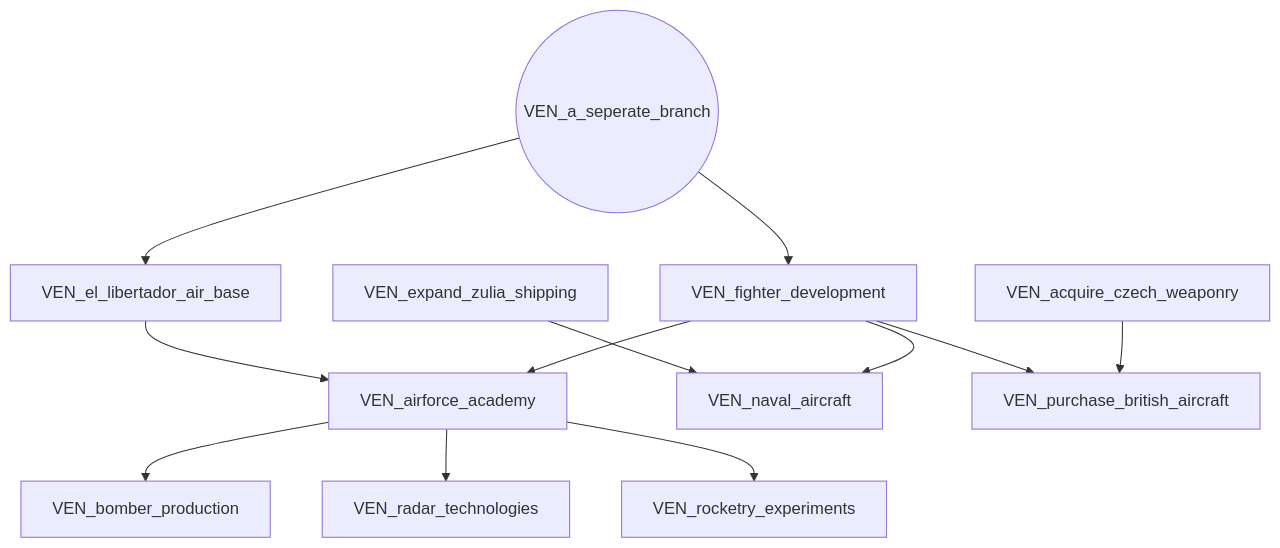
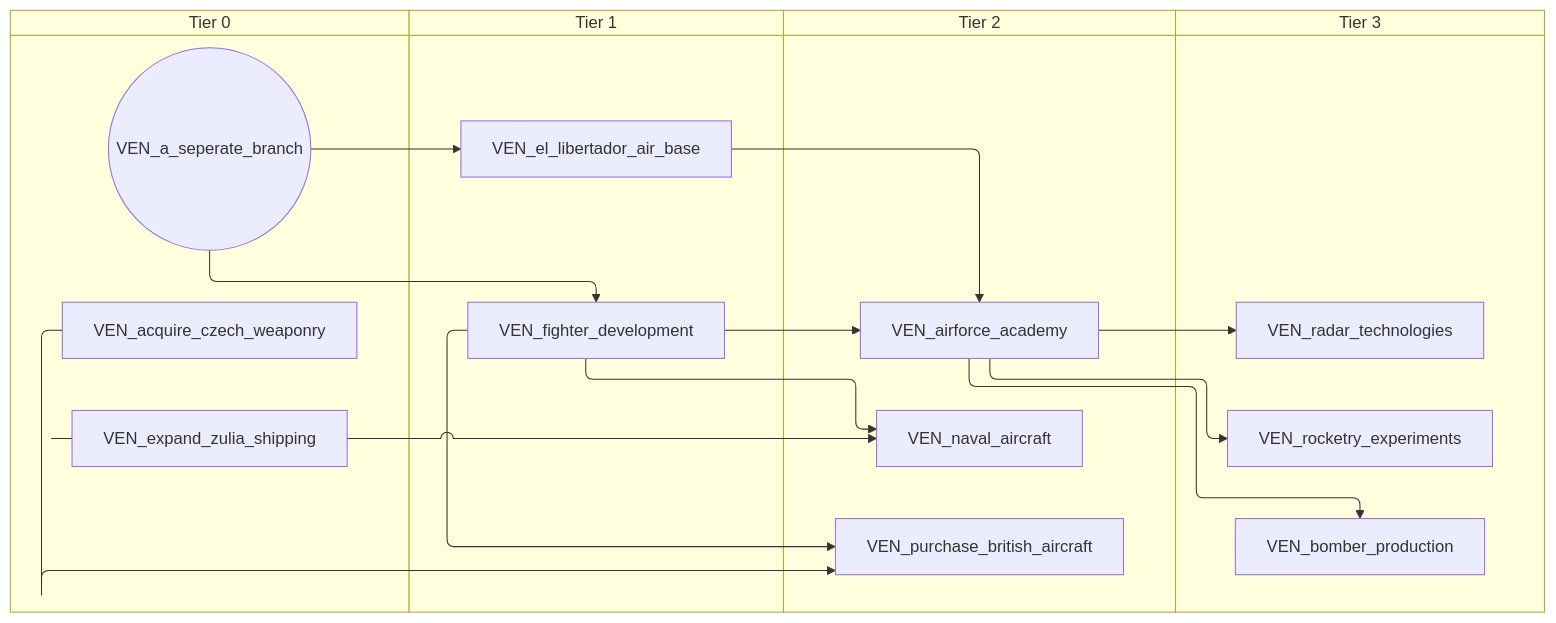
Before and after one commit to evgeny-sobol/hoi4-sandbox-mode-r56: the first of 5 diagrams in docs/gdd/National Focuses/r56/venezuela.md, drawn with Mermaid. The commit also changed other lines of this file and 423 other files, not shown here.

First line of the commit message:
Re-export Rt56 focus trees as swimlane diagrams

````diff
--- a/docs/gdd/National Focuses/r56/venezuela.md
+++ b/docs/gdd/National Focuses/r56/venezuela.md
@@ -3,25 +3,33 @@
 ```mermaid
-flowchart TD
-    n1(("VEN_a_seperate_branch"))
-    n2["VEN_acquire_czech_weaponry"]
-    n3["VEN_airforce_academy"]
-    n4["VEN_bomber_production"]
-    n5["VEN_el_libertador_air_base"]
-    n6["VEN_expand_zulia_shipping"]
-    n7["VEN_fighter_development"]
-    n8["VEN_naval_aircraft"]
-    n9["VEN_purchase_british_aircraft"]
-    n10["VEN_radar_technologies"]
-    n11["VEN_rocketry_experiments"]
-    n5 --> n3
-    n7 --> n3
-    n3 --> n4
+swimlane-beta TD
+    subgraph tier_0["Tier 0"]
+        n1(("VEN_a_seperate_branch"))
+        n2["VEN_acquire_czech_weaponry"]
+        n3["VEN_expand_zulia_shipping"]
+    end
+    subgraph tier_1["Tier 1"]
+        n4["VEN_el_libertador_air_base"]
+        n5["VEN_fighter_development"]
+    end
+    subgraph tier_2["Tier 2"]
+        n6["VEN_airforce_academy"]
+        n7["VEN_naval_aircraft"]
+        n8["VEN_purchase_british_aircraft"]
+    end
+    subgraph tier_3["Tier 3"]
+        n9["VEN_bomber_production"]
+        n10["VEN_radar_technologies"]
+        n11["VEN_rocketry_experiments"]
+    end
+    n4 --> n6
+    n5 --> n6
+    n6 --> n9
+    n1 --> n4
     n1 --> n5
-    n1 --> n7
-    n6 --> n8
-    n7 --> n8
-    n7 --> n9
-    n2 --> n9
-    n3 --> n10
-    n3 --> n11
+    n3 --> n7
+    n5 --> n7
+    n5 --> n8
+    n2 --> n8
+    n6 --> n10
+    n6 --> n11
 ```
````
